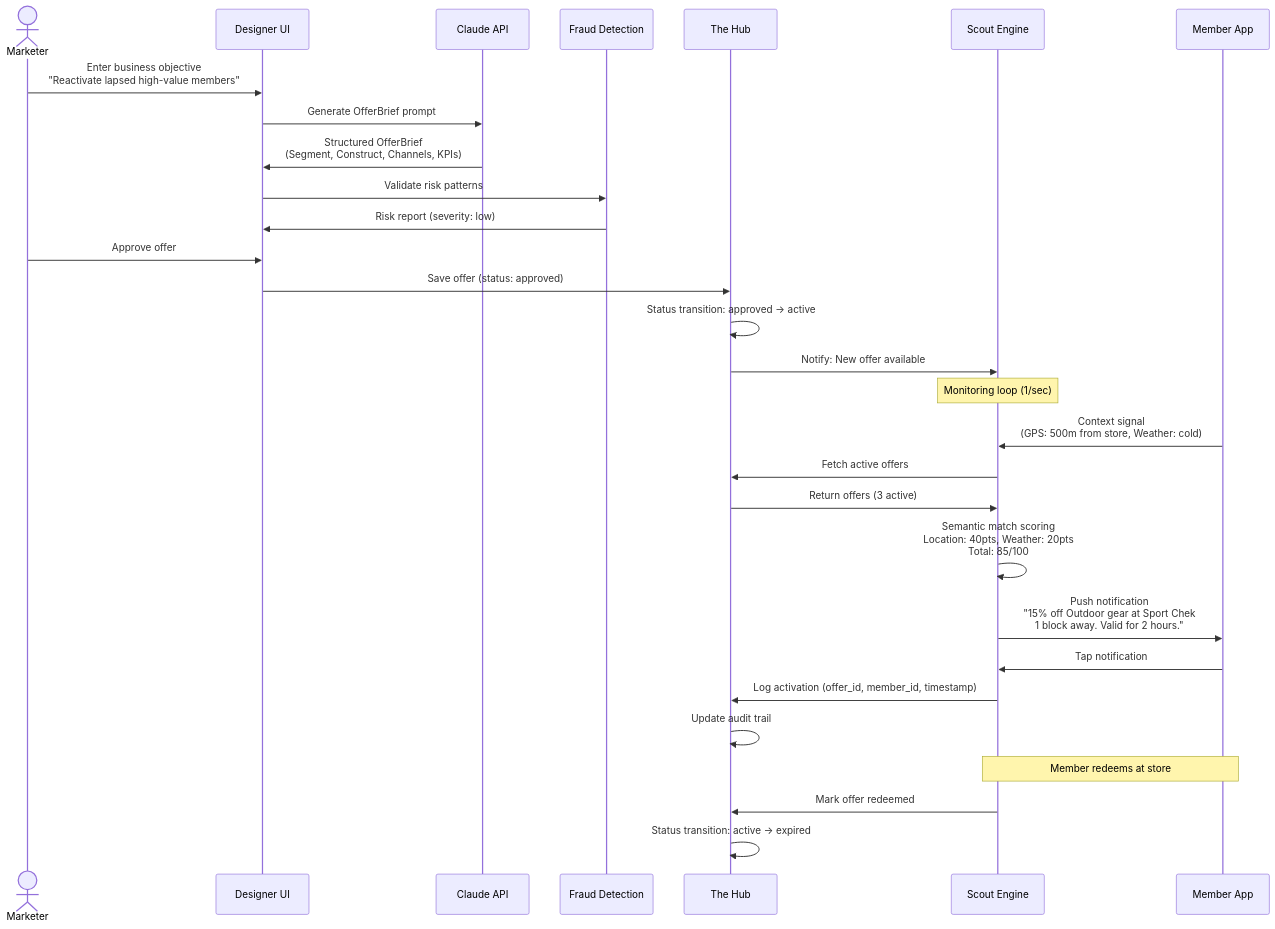
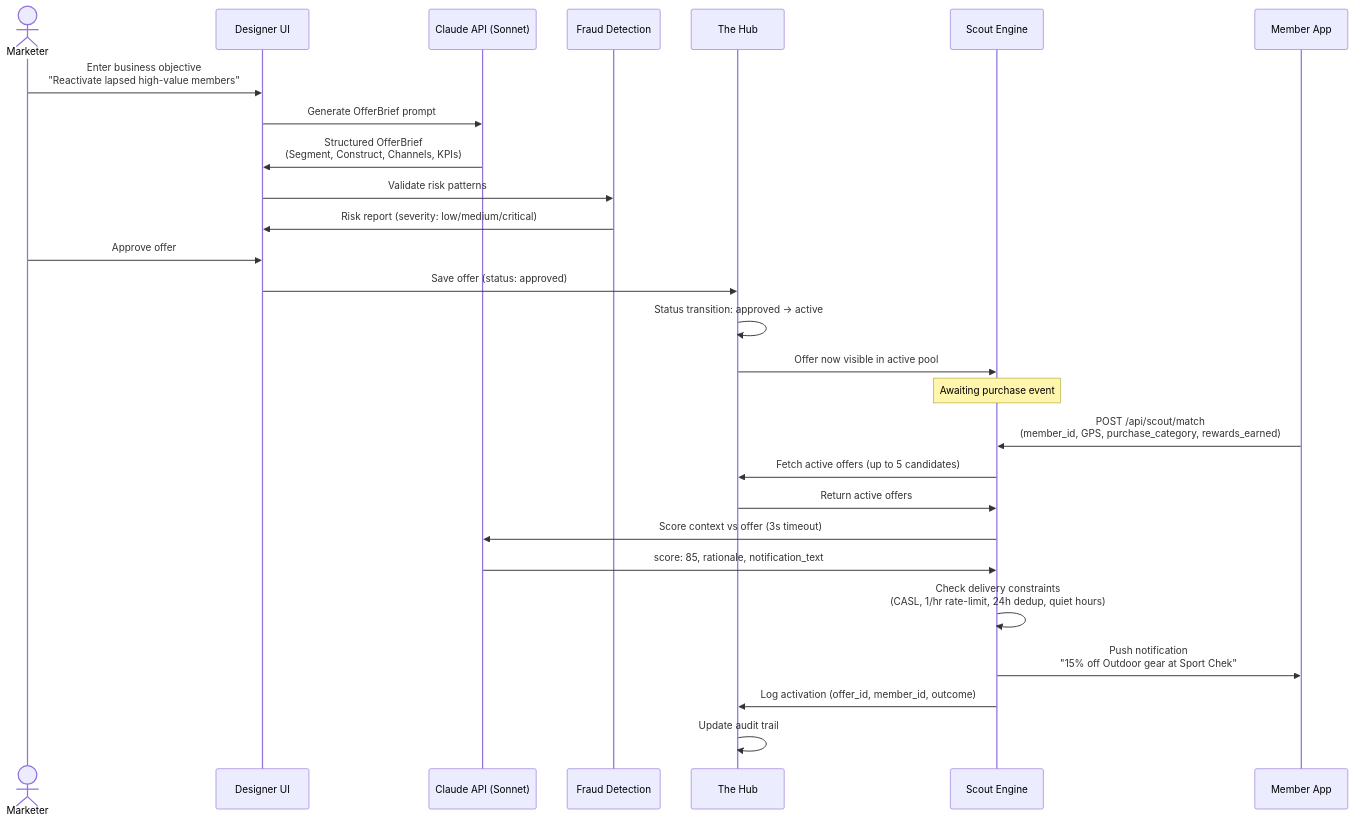
Before and after one commit to kartikey423/tristar: the second of 13 diagrams in docs/ARCHITECTURE.md, drawn with Mermaid. The commit also changed other lines of this file and 10 other files, not shown here.

First line of the commit message:
feat: enhance mobile notification with recommendations and net pricing after rewards

````diff
--- a/docs/ARCHITECTURE.md
+++ b/docs/ARCHITECTURE.md
@@ -95,41 +97,37 @@
 ```mermaid
 sequenceDiagram
     actor Marketer
     participant Designer as Designer UI
-    participant Claude as Claude API
+    participant Claude as Claude API (Sonnet)
     participant FraudScan as Fraud Detection
     participant Hub as The Hub
     participant Scout as Scout Engine
     participant Member as Member App
 
     Marketer->>Designer: Enter business objective<br/>"Reactivate lapsed high-value members"
     Designer->>Claude: Generate OfferBrief prompt
     Claude->>Designer: Structured OfferBrief<br/>(Segment, Construct, Channels, KPIs)
 
     Designer->>FraudScan: Validate risk patterns
-    FraudScan->>Designer: Risk report (severity: low)
+    FraudScan->>Designer: Risk report (severity: low/medium/critical)
 
     Marketer->>Designer: Approve offer
     Designer->>Hub: Save offer (status: approved)
     Hub->>Hub: Status transition: approved → active
-    Hub->>Scout: Notify: New offer available
+    Hub->>Scout: Offer now visible in active pool
 
-    Note over Scout: Monitoring loop (1/sec)
+    Note over Scout: Awaiting purchase event
 
-    Member->>Scout: Context signal<br/>(GPS: 500m from store, Weather: cold)
-    Scout->>Hub: Fetch active offers
-    Hub->>Scout: Return offers (3 active)
+    Member->>Scout: POST /api/scout/match<br/>(member_id, GPS, purchase_category, rewards_earned)
+    Scout->>Hub: Fetch active offers (up to 5 candidates)
+    Hub->>Scout: Return active offers
 
-    Scout->>Scout: Semantic match scoring<br/>Location: 40pts, Weather: 20pts<br/>Total: 85/100
+    Scout->>Claude: Score context vs offer (3s timeout)
+    Claude->>Scout: score: 85, rationale, notification_text
 
-    Scout->>Member: Push notification<br/>"15% off Outdoor gear at Sport Chek<br/>1 block away. Valid for 2 hours."
+    Scout->>Scout: Check delivery constraints<br/>(CASL, 1/hr rate-limit, 24h dedup, quiet hours)
+    Scout->>Member: Push notification<br/>"15% off Outdoor gear at Sport Chek"
 
-    Member->>Scout: Tap notification
-    Scout->>Hub: Log activation (offer_id, member_id, timestamp)
+    Scout->>Hub: Log activation (offer_id, member_id, outcome)
     Hub->>Hub: Update audit trail
-
-    Note over Member,Scout: Member redeems at store
-
-    Scout->>Hub: Mark offer redeemed
-    Hub->>Hub: Status transition: active → expired
 ```
````
